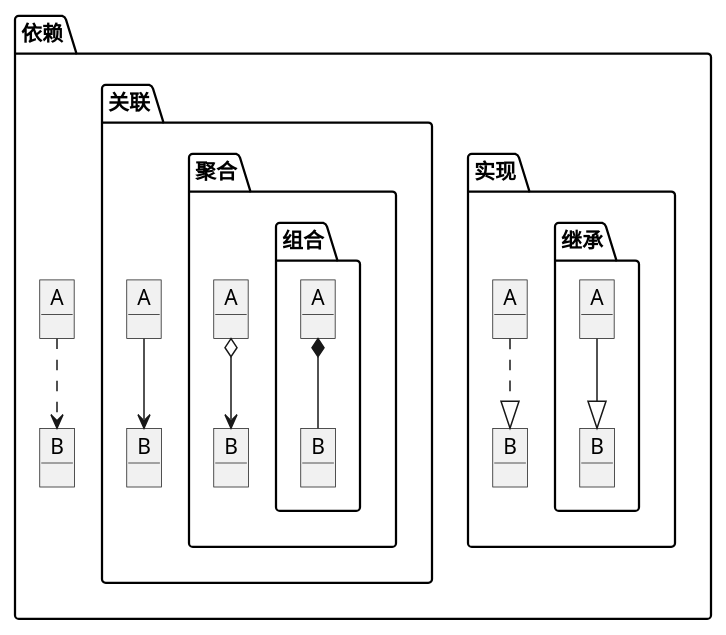
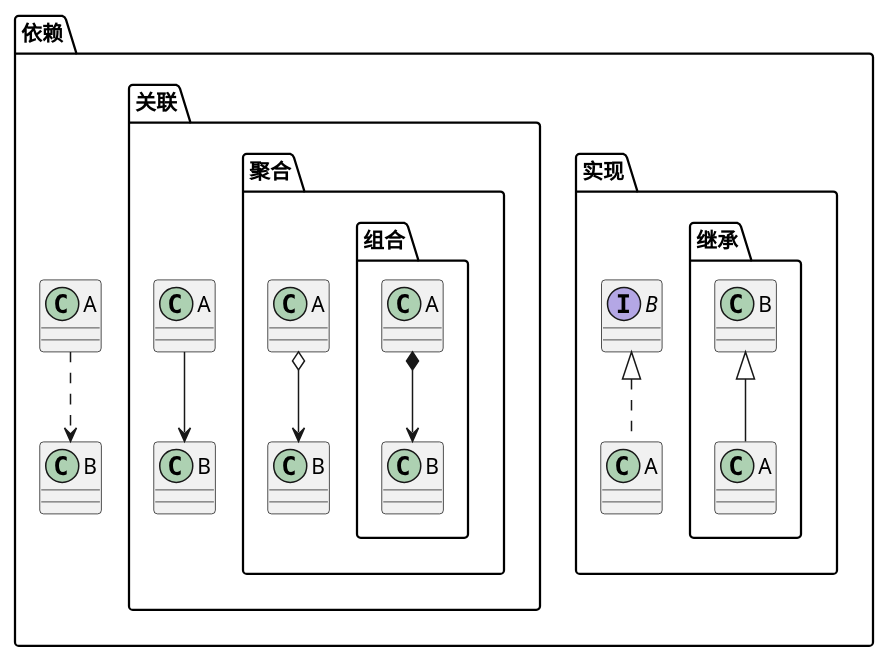
Before and after one commit to unihykes/mark: the first of 15 diagrams in src/use_designpattern/_readme.md, drawn with PlantUML. The commit also changed other lines of this file and 25 other files, not shown here.

````diff
--- a/src/use_designpattern/_readme.md
+++ b/src/use_designpattern/_readme.md
@@ -43,41 +44,41 @@
 ```plantuml
 
 package 依赖 {
-    object "A" as A
-    object "B" as B
+    class "A" as A
+    class "B" as B
     A ..> B
 
 
     package 实现 {
-        object "A" as I
-        object "B" as J
-        I ..^ J
+        class "A" as I
+        interface "B" as J
+        J ^.. I
         
         package 继承 {
-            object "A" as K
-            object "B" as L
-            K --^ L
+            class "A" as K
+            class "B" as L
+            L ^-- K
         }
     }
     
     package 关联 {
-        object "A" as C
-        object "B" as D
+        class "A" as C
+        class "B" as D
         C --> D
         
         package 聚合 {
-            object "A" as E
-            object "B" as F
+            class "A" as E
+            class "B" as F
             E o--> F
             
             package 组合 {
-                object "A" as G
-                object "B" as H
-                G *-- H
+                class "A" as G
+                class "B" as H
+                G *--> H
             }
         }
     }
 
 }
 
 ```
````
